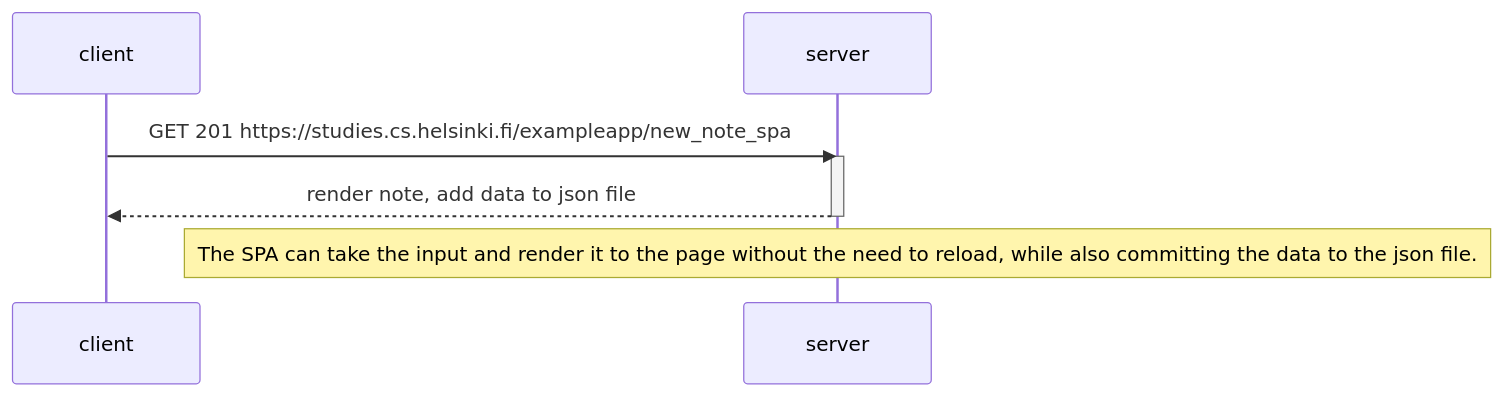
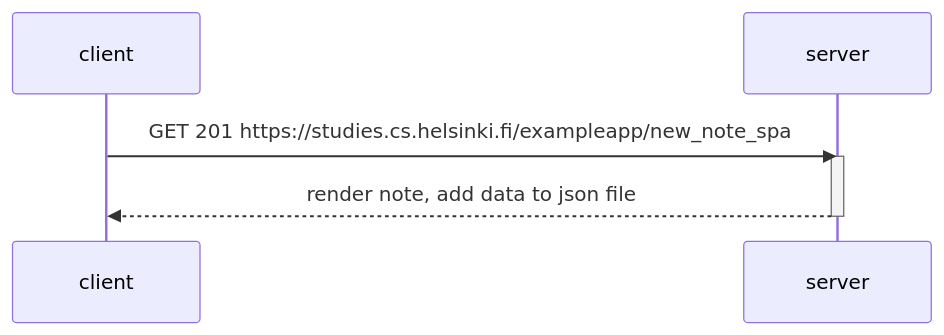
Before and after one commit to theDapperFoxtrot/fullstackopen-part0-exercises: the third of 3 diagrams in README.md, drawn with Mermaid. The commit also changed other lines of this file, not shown here.

````diff
--- a/README.md
+++ b/README.md
@@ -77,13 +78,11 @@
 ```mermaid
 sequenceDiagram
     participant client
     participant server
     
     
     client->>server: GET 201 https://studies.cs.helsinki.fi/exampleapp/new_note_spa
     activate server
     server-->>client: render note, add data to json file
     deactivate server
-    
-    Note over server: The SPA can take the input and render it to the page without the need to reload, while also committing the data to the json file.
 ```
````
